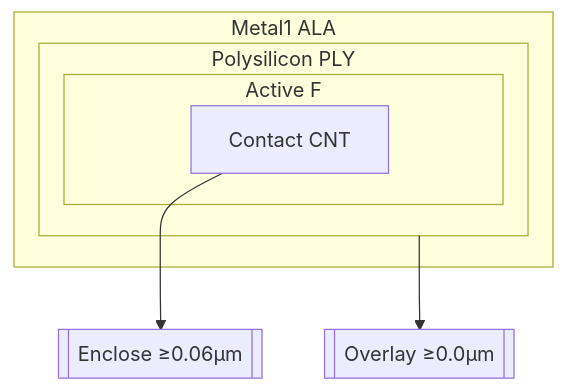
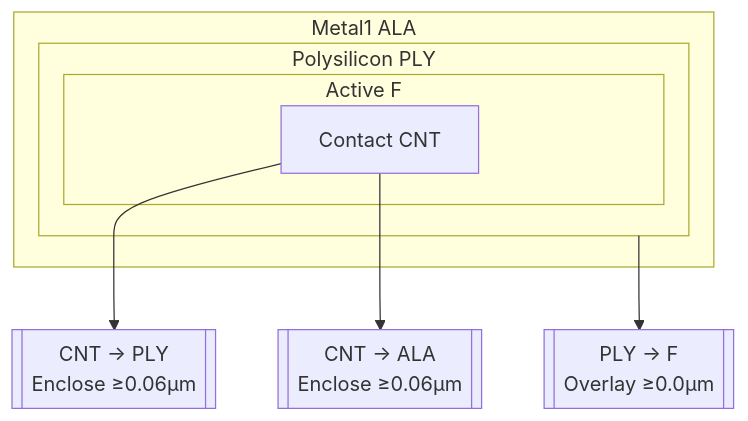
Before and after one commit to Samizo-AITL/Edusemi-v4x: the first of 2 diagrams in d_chapter4_layout_optimization/layer_overlay_reference.md, drawn with Mermaid. The commit also changed other lines of this file, not shown here.

````diff
--- a/d_chapter4_layout_optimization/layer_overlay_reference.md
+++ b/d_chapter4_layout_optimization/layer_overlay_reference.md
@@ -58,18 +58,20 @@
 ```mermaid
 flowchart TD
     subgraph ALA [Metal1 ALA]
         subgraph PLY [Polysilicon PLY]
             subgraph F [Active F]
                 CNT[Contact CNT]
             end
         end
     end
 
     %% --- 注記ノード ---
-    Note1[[Enclose ≥0.06µm]]
-    Note2[[Overlay ≥0.0µm]]
+    Note1[[CNT → PLY<br/>Enclose ≥0.06µm]]
+    Note2[[CNT → ALA<br/>Enclose ≥0.06µm]]
+    Note3[[PLY → F<br/>Overlay ≥0.0µm]]
 
-    %% --- 矢印で関連付け ---
+    %% --- 関連付け ---
     CNT --> Note1
-    PLY --> Note2
+    CNT --> Note2
+    PLY --> Note3
 ```
````
